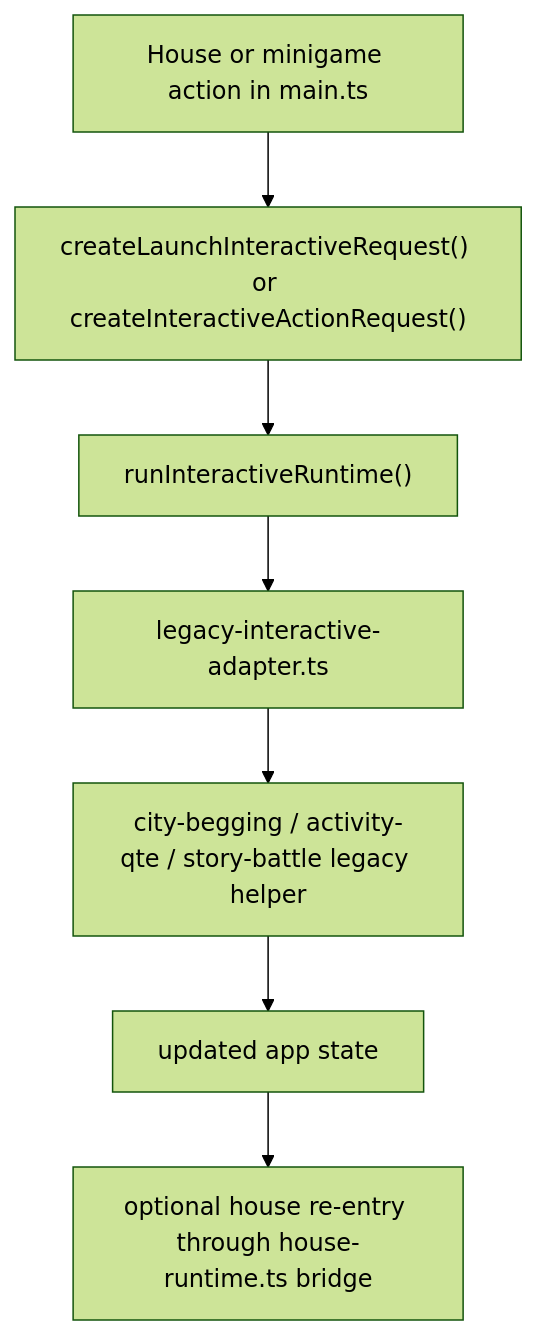
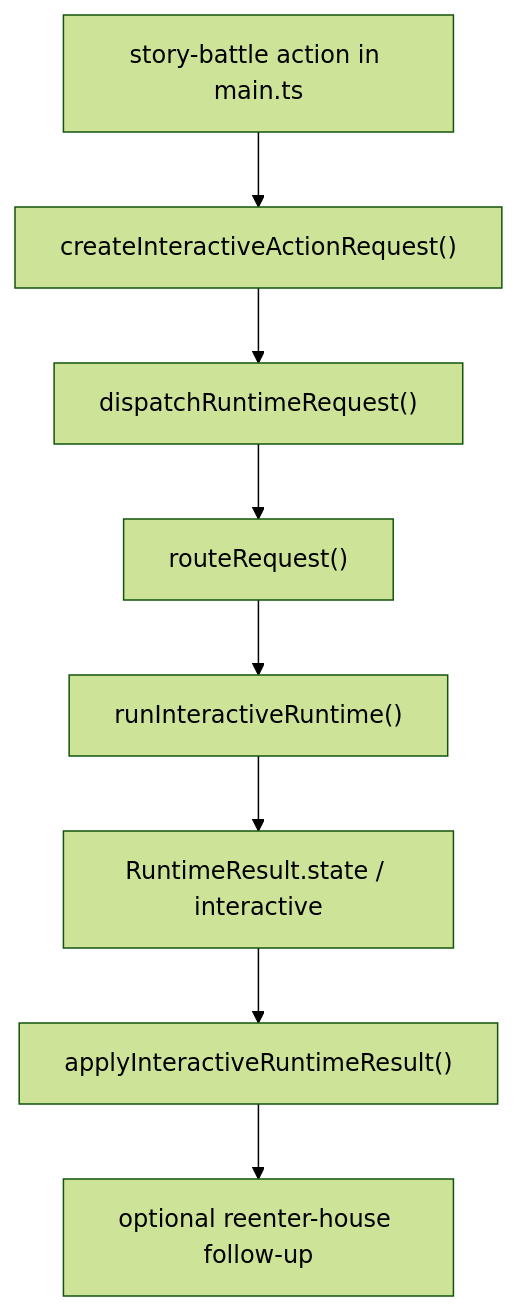
The fifth of 5 diagrams in docs/superpowers/weekly/2026-06-29-weekly-architecture-report.md (MA141277/RPG_TG), drawn with Mermaid (forest theme) before and after one commit. The commit also changed other lines of this file and 22 other files, not shown here.

````diff
--- a/docs/superpowers/weekly/2026-06-29-weekly-architecture-report.md
+++ b/docs/superpowers/weekly/2026-06-29-weekly-architecture-report.md
@@ -113,9 +113,10 @@
 ```mermaid
 flowchart TD
-    A["House or minigame action in main.ts"] --> B["createLaunchInteractiveRequest() or createInteractiveActionRequest()"]
-    B --> C["runInteractiveRuntime()"]
-    C --> D["legacy-interactive-adapter.ts"]
-    D --> E["city-begging / activity-qte / story-battle legacy helper"]
-    E --> F["updated app state"]
-    F --> G["optional house re-entry through house-runtime.ts bridge"]
+    A["story-battle action in main.ts"] --> B["createInteractiveActionRequest()"]
+    B --> C["dispatchRuntimeRequest()"]
+    C --> D["routeRequest()"]
+    D --> E["runInteractiveRuntime()"]
+    E --> F["RuntimeResult.state / interactive"]
+    F --> G["applyInteractiveRuntimeResult()"]
+    G --> H["optional reenter-house follow-up"]
 ```
````
